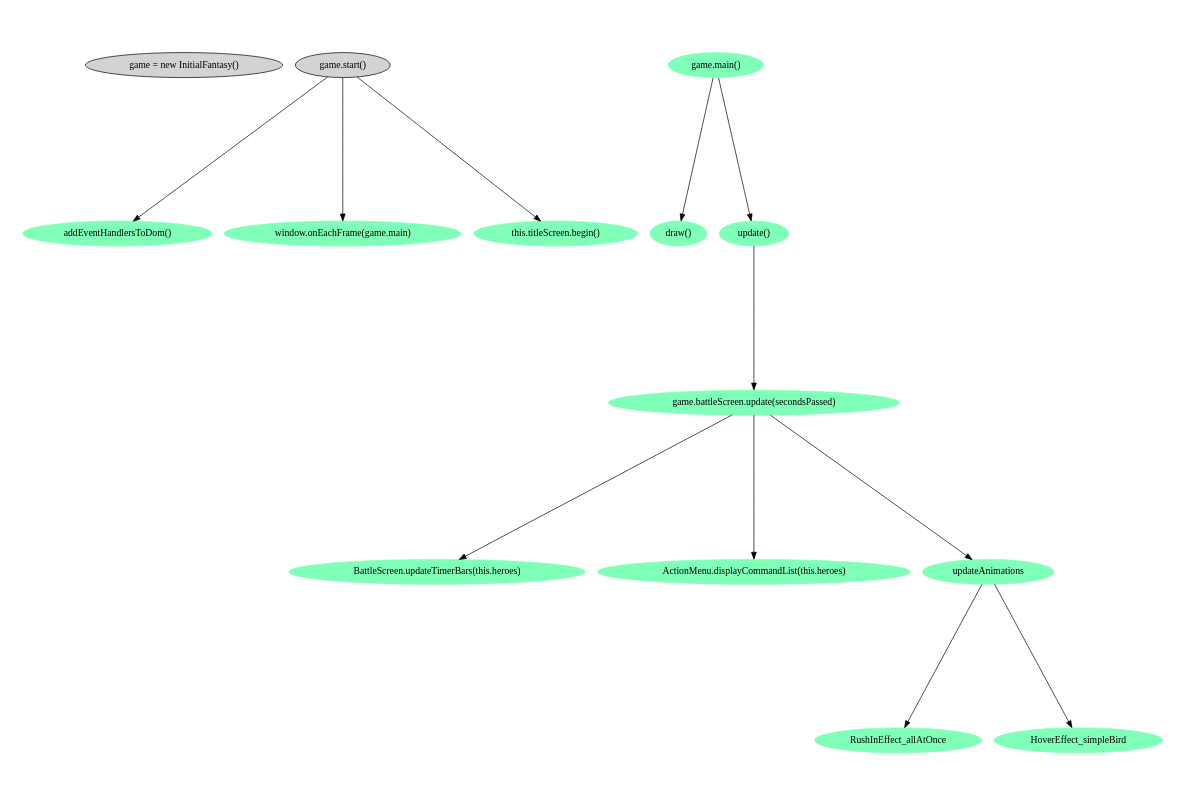
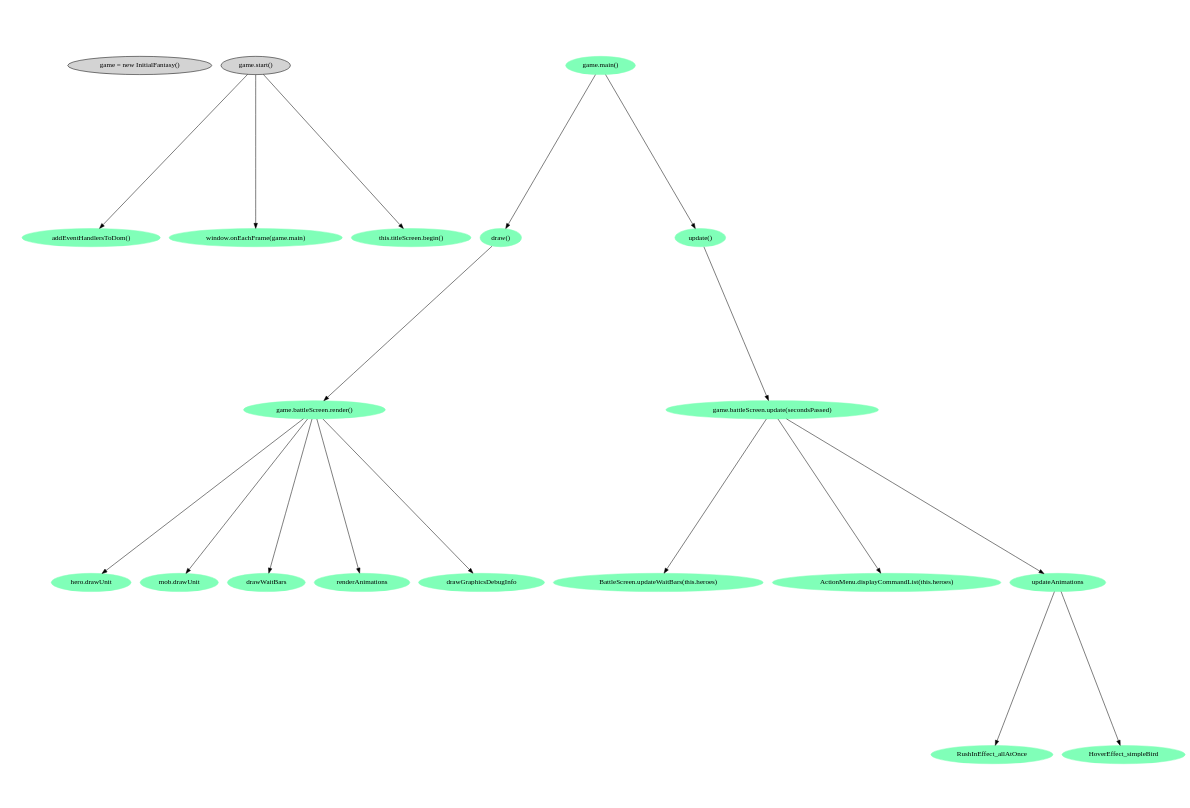
One commit to TheNotary/initial_fantasy changed the diagram in doc/overview.gv. Above: the diagram before and after it, drawn with Graphviz. The commit also changed 3 other files, not shown here.

```diff
--- a/doc/overview.gv
+++ b/doc/overview.gv
@@ -1,28 +1,34 @@
 # dot -Tsvg overview.gv >overview.svg
 
 digraph prof {
 	size="6,4"; ratio = fill;
 	node [style=filled];
 	"game = new InitialFantasy()"
 	"game.start()" -> "addEventHandlersToDom()";
 	"game.start()" -> "window.onEachFrame(game.main)";
 	"game.start()" -> "this.titleScreen.begin()";
-	
-	
+
+
 "addEventHandlersToDom()" [color="0.408 0.498 1.000"];
 "window.onEachFrame(game.main)" [color="0.408 0.498 1.000"];
 "this.titleScreen.begin()" [color="0.408 0.498 1.000"];
 
   node [style=filled color="0.408 0.498 1.000"];
   "game.main()" -> "draw()"
+	"draw()" -> "game.battleScreen.render()"
+	"game.battleScreen.render()" -> "hero.drawUnit"
+	"game.battleScreen.render()" -> "mob.drawUnit"
+	"game.battleScreen.render()" -> "drawWaitBars"
+	"game.battleScreen.render()" -> "renderAnimations"
+	"game.battleScreen.render()" -> "drawGraphicsDebugInfo"
+
   "game.main()" -> "update()"
-  
   "update()" -> "game.battleScreen.update(secondsPassed)"
-  
-  "game.battleScreen.update(secondsPassed)" -> "BattleScreen.updateTimerBars(this.heroes)"
+
+  "game.battleScreen.update(secondsPassed)" -> "BattleScreen.updateWaitBars(this.heroes)"
   "game.battleScreen.update(secondsPassed)" -> "ActionMenu.displayCommandList(this.heroes)"
   "game.battleScreen.update(secondsPassed)" -> "updateAnimations"
-  
+
   "updateAnimations" -> "RushInEffect_allAtOnce"
   "updateAnimations" -> "HoverEffect_simpleBird"
 }
```
